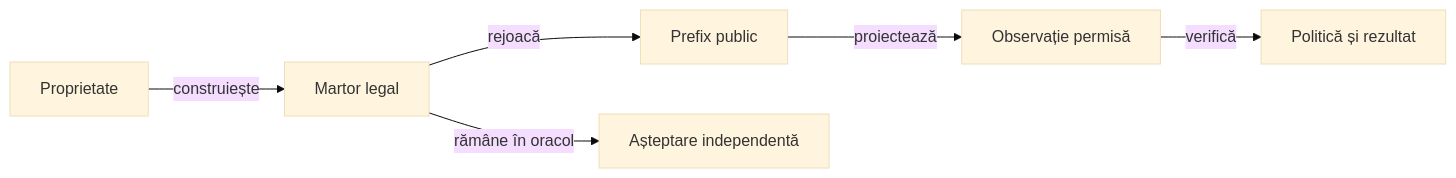
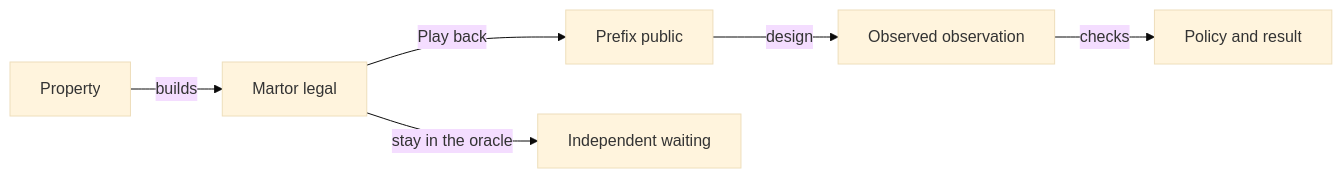
The diagram in docs/testing/ATF_AiComponents.md (crististefanita/atf_j4), drawn with Mermaid (base theme) before and after one commit. The commit also changed other lines of this file and 122 other files, not shown here.

````diff
--- a/docs/testing/ATF_AiComponents.md
+++ b/docs/testing/ATF_AiComponents.md
@@ -9,8 +9,8 @@
 ```mermaid
 flowchart LR
-    RULE[Proprietate] -->|construiește| WITNESS[Martor legal]
-    WITNESS -->|rejoacă| PREFIX[Prefix public]
-    PREFIX -->|proiectează| OBS[Observație permisă]
-    OBS -->|verifică| CHECK[Politică și rezultat]
-    WITNESS -->|rămâne în oracol| ORACLE[Așteptare independentă]
+    RULE[Property] -->|builds| WITNESS[Martor legal]
+    WITNESS -->|Play back| PREFIX[Prefix public]
+    PREFIX -->|design| OBS[Observed observation]
+    OBS -->|checks| CHECK[Policy and result]
+    WITNESS -->|stay in the oracle| ORACLE[Independent waiting]
 ```
````
